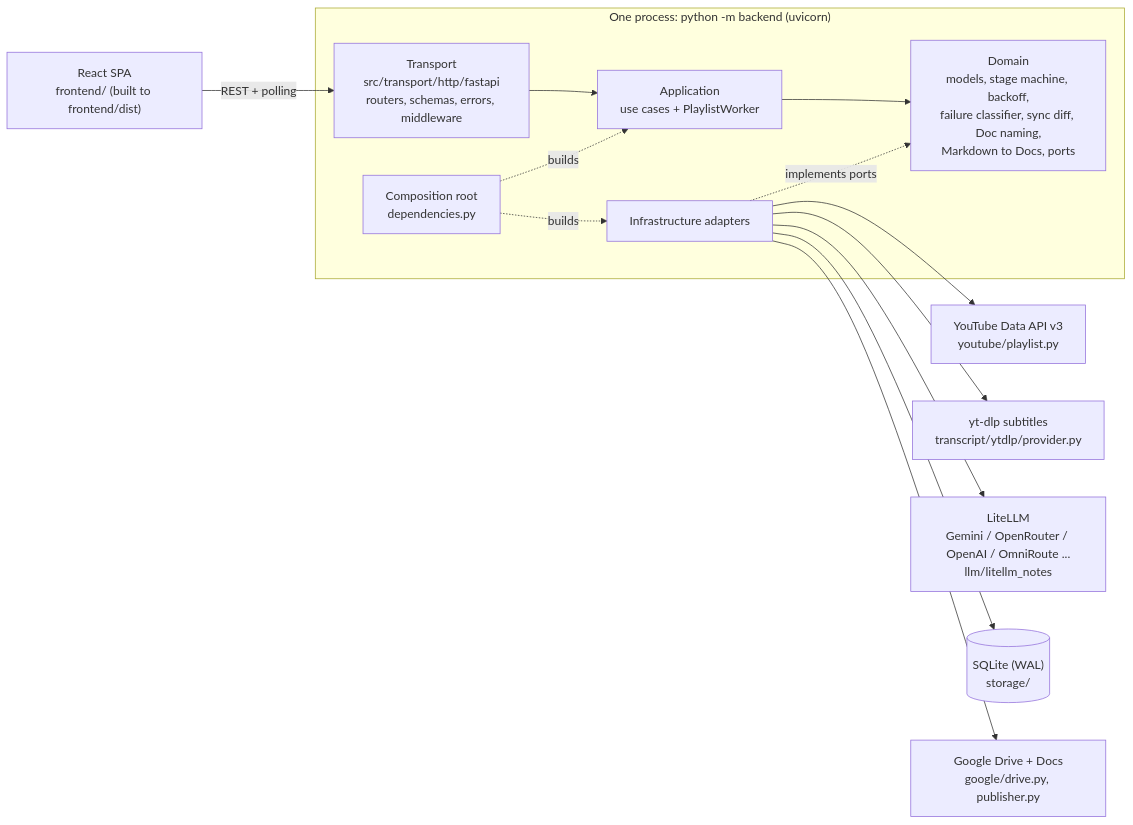
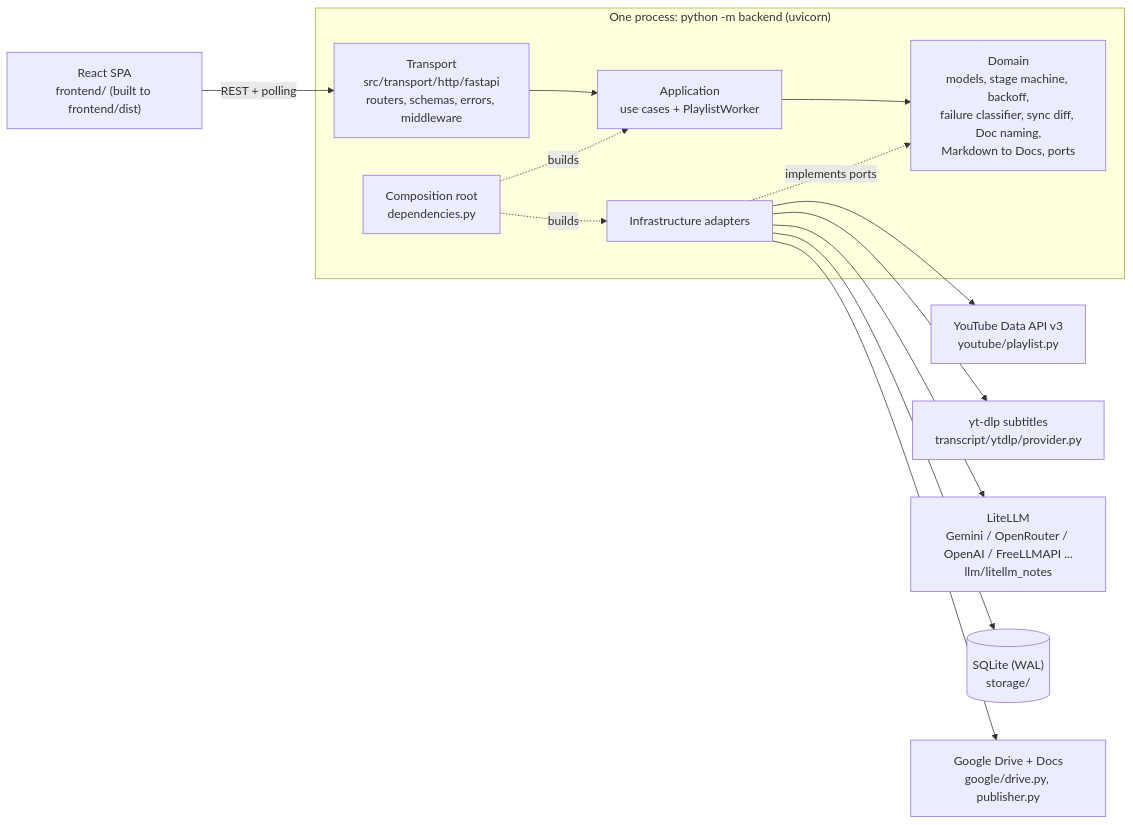
One commit to vikas794/atlas changed the first of 6 diagrams in docs/ARCHITECTURE.md. Above: the diagram before and after it, drawn with Mermaid. The commit also changed other lines of this file and 22 other files, not shown here.

````diff
--- a/docs/ARCHITECTURE.md
+++ b/docs/ARCHITECTURE.md
@@ -13,21 +13,21 @@
 ```mermaid
 flowchart LR
   UI["React SPA<br/>frontend/ (built to frontend/dist)"] -- "REST + polling" --> T
   subgraph Process["One process: python -m backend (uvicorn)"]
     T["Transport<br/>src/transport/http/fastapi<br/>routers, schemas, errors, middleware"]
     CR["Composition root<br/>dependencies.py"]
     A["Application<br/>use cases + PlaylistWorker"]
     D["Domain<br/>models, stage machine, backoff,<br/>failure classifier, sync diff, Doc naming,<br/>Markdown to Docs, ports"]
     I["Infrastructure adapters"]
     T --> A
     CR -. builds .-> A
     CR -. builds .-> I
     A --> D
     I -. implements ports .-> D
   end
   I --> YT["YouTube Data API v3<br/>youtube/playlist.py"]
   I --> YD["yt-dlp subtitles<br/>transcript/ytdlp/provider.py"]
-  I --> LLM["LiteLLM<br/>Gemini / OpenRouter / OpenAI / OmniRoute ...<br/>llm/litellm_notes"]
+  I --> LLM["LiteLLM<br/>Gemini / OpenRouter / OpenAI / FreeLLMAPI ...<br/>llm/litellm_notes"]
   I --> DB[("SQLite (WAL)<br/>storage/")]
   I --> GD["Google Drive + Docs<br/>google/drive.py, publisher.py"]
 ```
````
